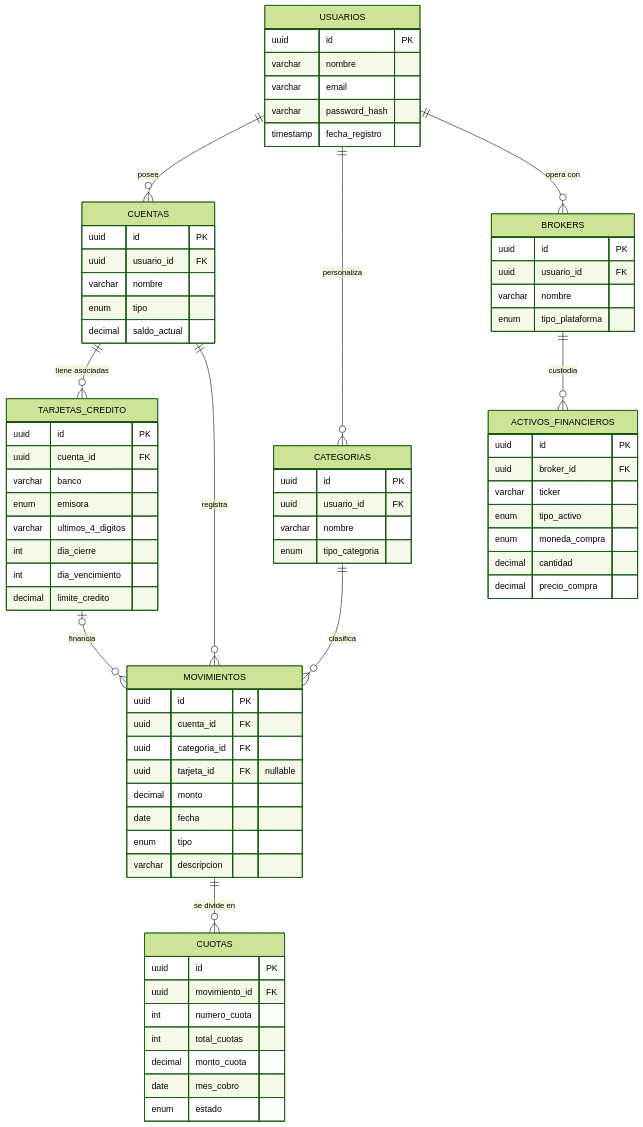
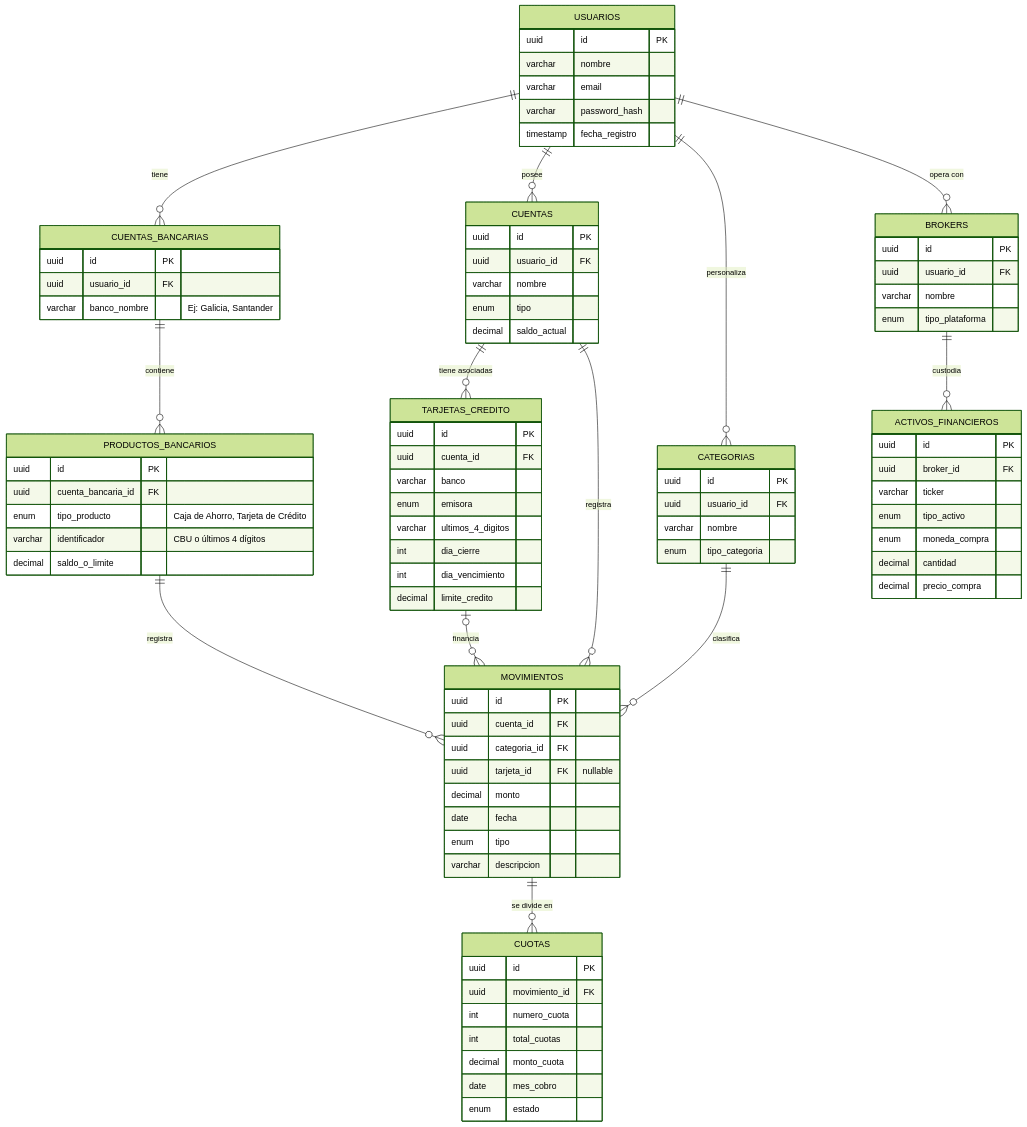
Before and after one commit to tomasvallejos1/ERP-Finanzas-Personales: the diagram in docs/02_Base_de_Datos.md, drawn with Mermaid (forest theme). The commit also changed 1 other file, not shown here.

Commit message:
creación de base de datos

````diff
--- a/docs/02_Base_de_Datos.md
+++ b/docs/02_Base_de_Datos.md
@@ -11,5 +11,25 @@
 ```mermaid
 erDiagram
+    USUARIOS ||--o{ CUENTAS_BANCARIAS : "tiene"
+    
+    CUENTAS_BANCARIAS {
+        uuid id PK
+        uuid usuario_id FK
+        varchar banco_nombre "Ej: Galicia, Santander"
+    }
+
+    CUENTAS_BANCARIAS ||--o{ PRODUCTOS_BANCARIOS : "contiene"
+
+    PRODUCTOS_BANCARIOS {
+        uuid id PK
+        uuid cuenta_bancaria_id FK
+        enum tipo_producto "Caja de Ahorro, Tarjeta de Crédito"
+        varchar identificador "CBU o últimos 4 dígitos"
+        decimal saldo_o_limite
+    }
+
+    PRODUCTOS_BANCARIOS ||--o{ MOVIMIENTOS : "registra"
+    
     USUARIOS {
         uuid id PK
         varchar nombre
````
